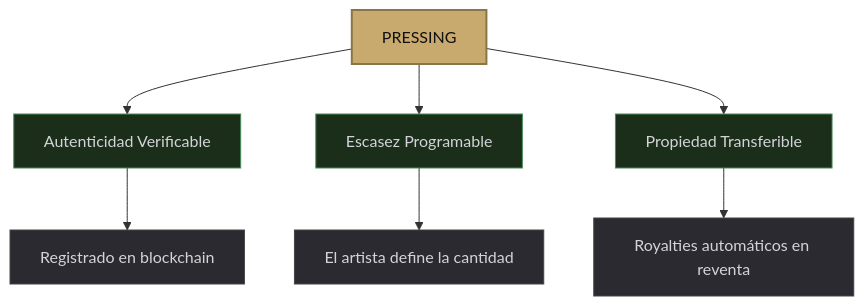
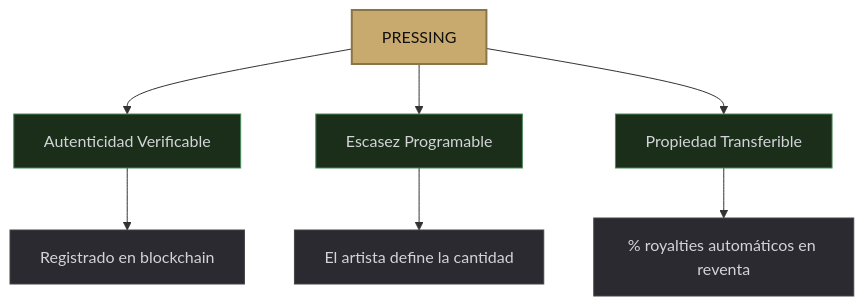
The first of 5 diagrams in la-solucion.md (groovesart/grooves-docs), drawn with Mermaid before and after one commit. The commit also changed other lines of this file, not shown here.

````diff
--- a/la-solucion.md
+++ b/la-solucion.md
@@ -13,16 +14,16 @@
 ```mermaid
 graph TB
     P[PRESSING] --> A[Autenticidad Verificable]
     P --> B[Escasez Programable]
     P --> C[Propiedad Transferible]
     A --> A1[Registrado en blockchain]
     B --> B1[El artista define la cantidad]
-    C --> C1[Royalties automáticos en reventa]
+    C --> C1[ % royalties automáticos en reventa]
     style P fill:#C8A96E,color:#111,stroke:#8a7548,stroke-width:2px
     style A fill:#1a2e1a,color:#d4d4d8,stroke:#4a8c5c
     style B fill:#1a2e1a,color:#d4d4d8,stroke:#4a8c5c
     style C fill:#1a2e1a,color:#d4d4d8,stroke:#4a8c5c
     style A1 fill:#2a2a30,color:#d4d4d8,stroke:#444
     style B1 fill:#2a2a30,color:#d4d4d8,stroke:#444
     style C1 fill:#2a2a30,color:#d4d4d8,stroke:#444
 ```
````
